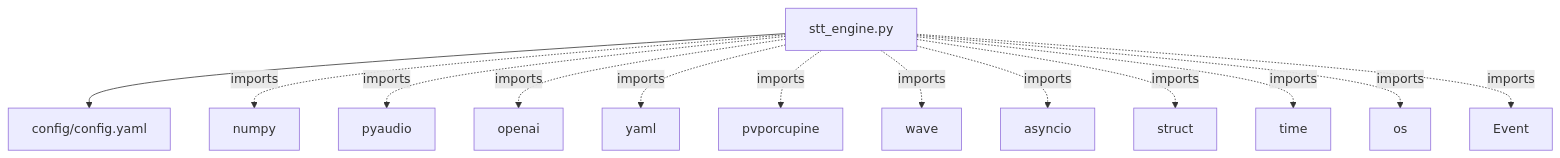
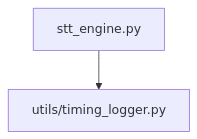
The diagram in wheatley/stt/AI_Graph.md (simonedland/Wheatley), drawn with Mermaid before and after one commit. The commit also changed 20 other files, not shown here.

First line of the commit message:
Refactor STT and TTS modules: Update AI graphs, enhance README documentation, and improve utility scripts

````diff
--- a/wheatley/stt/AI_Graph.md
+++ b/wheatley/stt/AI_Graph.md
@@ -3,18 +3,7 @@
 ```mermaid
 graph TD
     stt_engine_py["stt_engine.py"]
-    config_yaml["config/config.yaml"]
-    
-    stt_engine_py --> config_yaml
-    stt_engine_py -.->|imports| numpy
-    stt_engine_py -.->|imports| pyaudio
-    stt_engine_py -.->|imports| openai
-    stt_engine_py -.->|imports| yaml
-    stt_engine_py -.->|imports| pvporcupine
-    stt_engine_py -.->|imports| wave
-    stt_engine_py -.->|imports| asyncio
-    stt_engine_py -.->|imports| struct
-    stt_engine_py -.->|imports| time
-    stt_engine_py -.->|imports| os
-    stt_engine_py -.->|imports| Event
+    timing_logger_py["utils/timing_logger.py"]
+
+    stt_engine_py --> timing_logger_py
 ```
````
